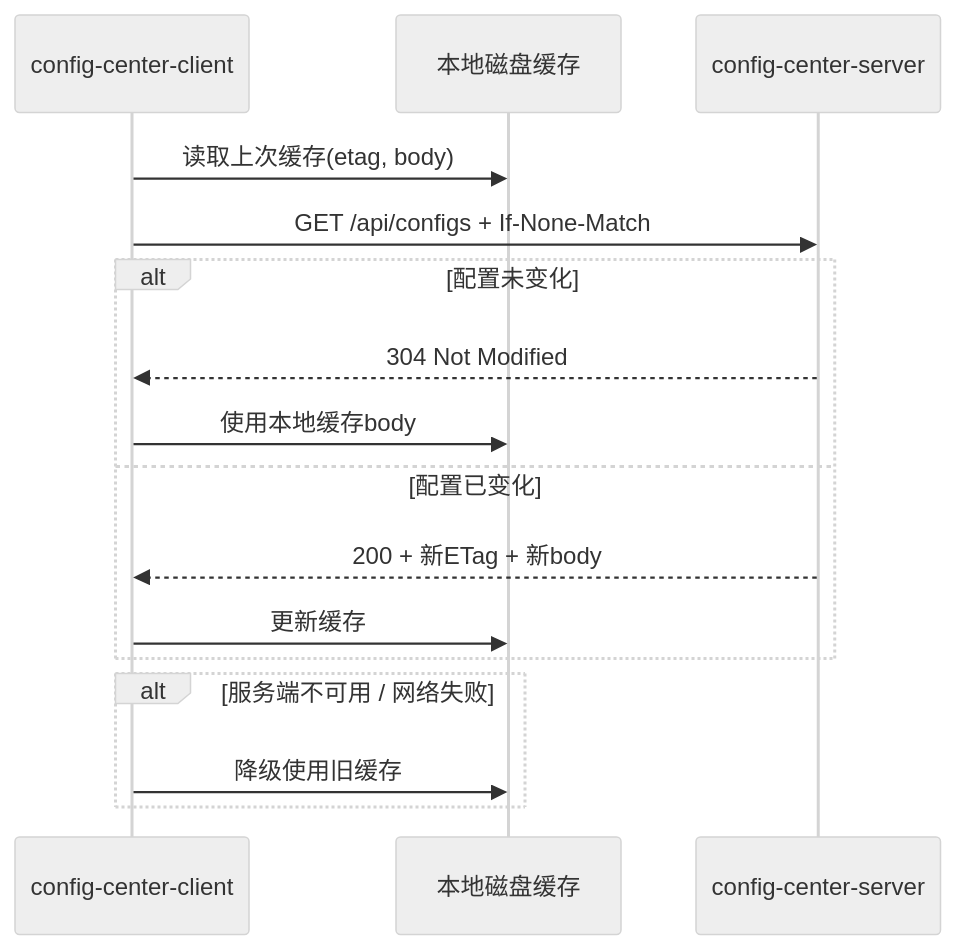
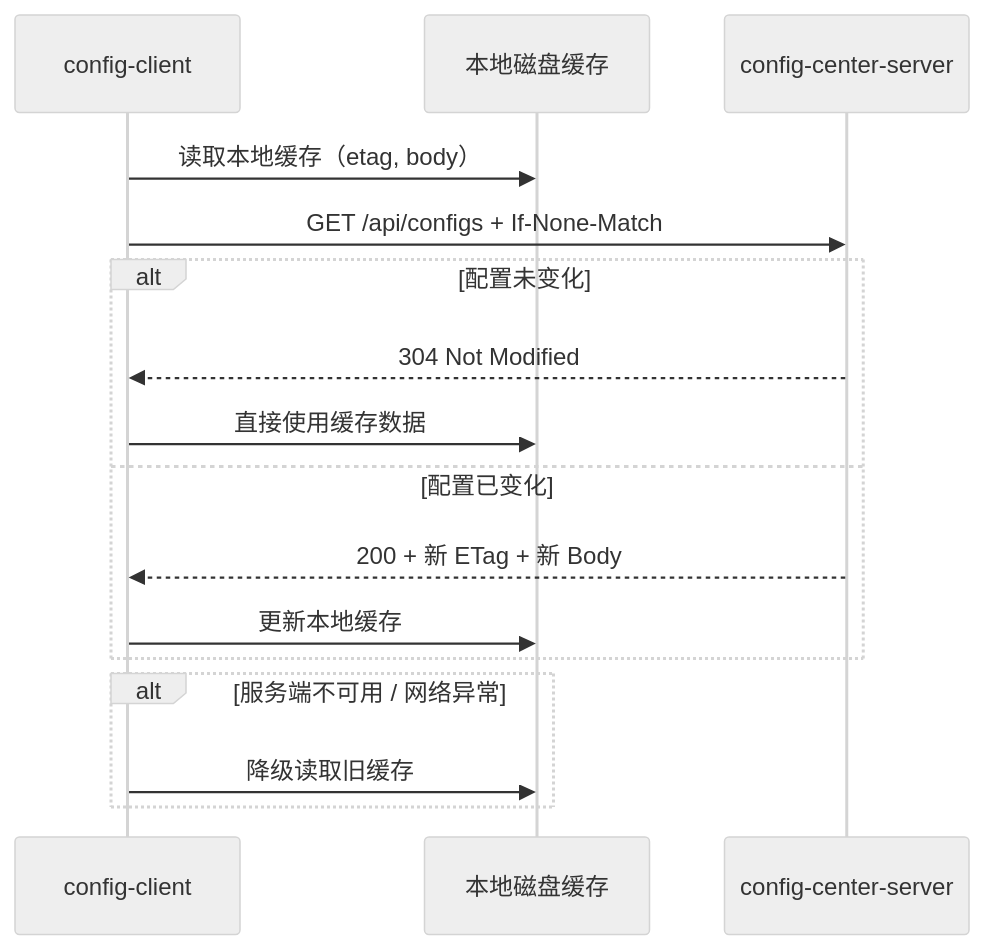
Before and after one commit to MyKr-YSteinsK/config-center: the third of 3 diagrams in README.md, drawn with Mermaid (neutral theme). The commit also changed other lines of this file, not shown here.

````diff
--- a/README.md
+++ b/README.md
@@ -236,20 +237,21 @@
 ```mermaid
 sequenceDiagram
-    participant Client as config-center-client
+    participant Client as config-client
     participant Cache as 本地磁盘缓存
     participant Server as config-center-server
 
-    Client->>Cache: 读取上次缓存(etag, body)
+    Client->>Cache: 读取本地缓存（etag, body）
     Client->>Server: GET /api/configs + If-None-Match
+
     alt 配置未变化
         Server-->>Client: 304 Not Modified
-        Client->>Cache: 使用本地缓存body
+        Client->>Cache: 直接使用缓存数据
     else 配置已变化
-        Server-->>Client: 200 + 新ETag + 新body
-        Client->>Cache: 更新缓存
+        Server-->>Client: 200 + 新 ETag + 新 Body
+        Client->>Cache: 更新本地缓存
     end
 
-    alt 服务端不可用 / 网络失败
-        Client->>Cache: 降级使用旧缓存
+    alt 服务端不可用 / 网络异常
+        Client->>Cache: 降级读取旧缓存
     end
 ```
````
